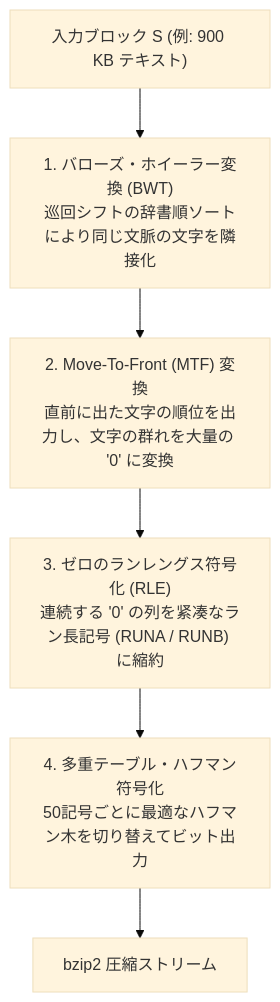
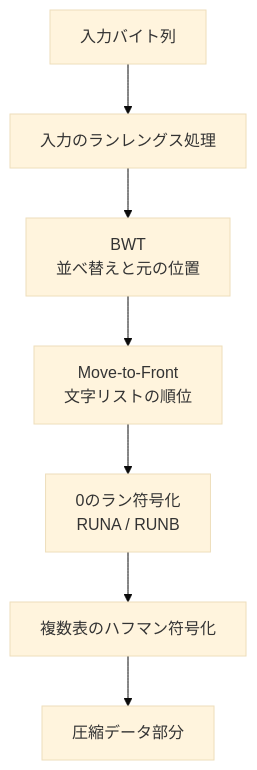
The second of 2 diagrams in content/post/lossless-data-compression-shannon-entropy-huffman-lz77-arithmetic-coding-ans/index.ja.md (kenjinote/blog), drawn with Mermaid (base theme) before and after one commit. The commit also changed other lines of this file and 15 other files, not shown here.

````diff
--- a/content/post/lossless-data-compression-shannon-entropy-huffman-lz77-arithmetic-coding-ans/index.ja.md
+++ b/content/post/lossless-data-compression-shannon-entropy-huffman-lz77-arithmetic-coding-ans/index.ja.md
@@ -355,8 +302,9 @@
 ```mermaid
 flowchart TD
-    BWT_In["入力ブロック S (例: 900 KB テキスト)"] --> BWT["1. バローズ・ホイーラー変換 (BWT)<br/>巡回シフトの辞書順ソートにより同じ文脈の文字を隣接化"]
-    BWT --> MTF["2. Move-To-Front (MTF) 変換<br/>直前に出た文字の順位を出力し、文字の群れを大量の '0' に変換"]
-    MTF --> RLE["3. ゼロのランレングス符号化 (RLE)<br/>連続する '0' の列を紧凑なラン長記号 (RUNA / RUNB) に縮約"]
-    RLE --> Huff["4. 多重テーブル・ハフマン符号化<br/>50記号ごとに最適なハフマン木を切り替えてビット出力"]
-    Huff --> BWT_Out["bzip2 圧縮ストリーム"]
+    Input["入力バイト列"] --> RLE1["入力のランレングス処理"]
+    RLE1 --> BWT["BWT<br/>並べ替えと元の位置"]
+    BWT --> MTF["Move-to-Front<br/>文字リストの順位"]
+    MTF --> RLE0["0のラン符号化<br/>RUNA / RUNB"]
+    RLE0 --> Huffman["複数表のハフマン符号化"]
+    Huffman --> Output["圧縮データ部分"]
 ```
````
